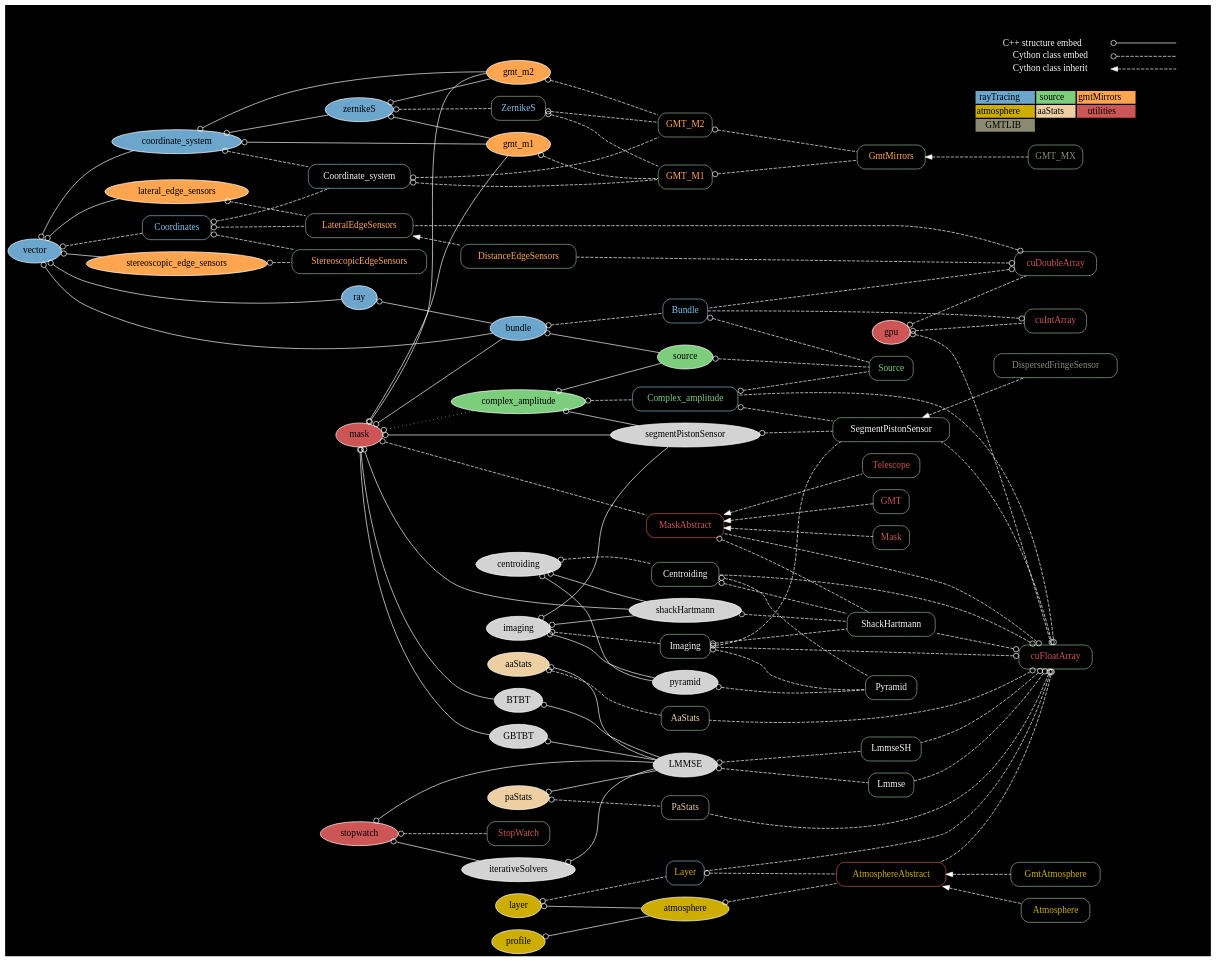
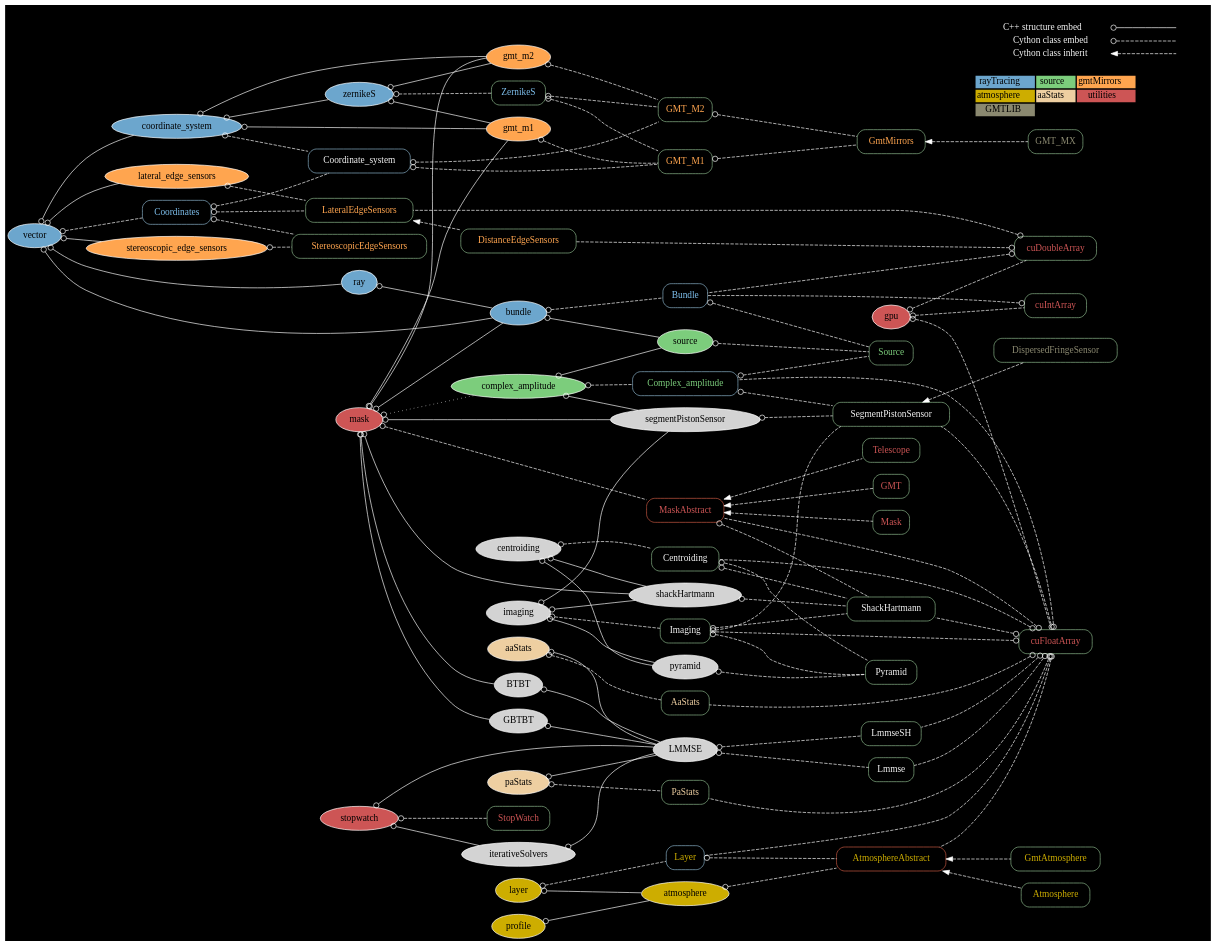
The diagram in graph/ceo.dot (rconan/CEO), drawn with Graphviz before and after one commit.

Commit message:
GRAPH LEGEND ADJUSTMENT

```diff
--- a/graph/ceo.dot
+++ b/graph/ceo.dot
@@ -224,7 +224,8 @@
   rankdir=LR
   node [shape=plaintext]
   subgraph cluster_01 { 
-    label = "Legend";
+    #label = "Legend";
+    color = black;
     key [label=<<table border="0" cellpadding="2" cellspacing="0" cellborder="0">
       <tr><td align="right" port="i1">C++ structure embed</td></tr>
       <tr><td align="right" port="i2">Cython class embed</td></tr>
```
